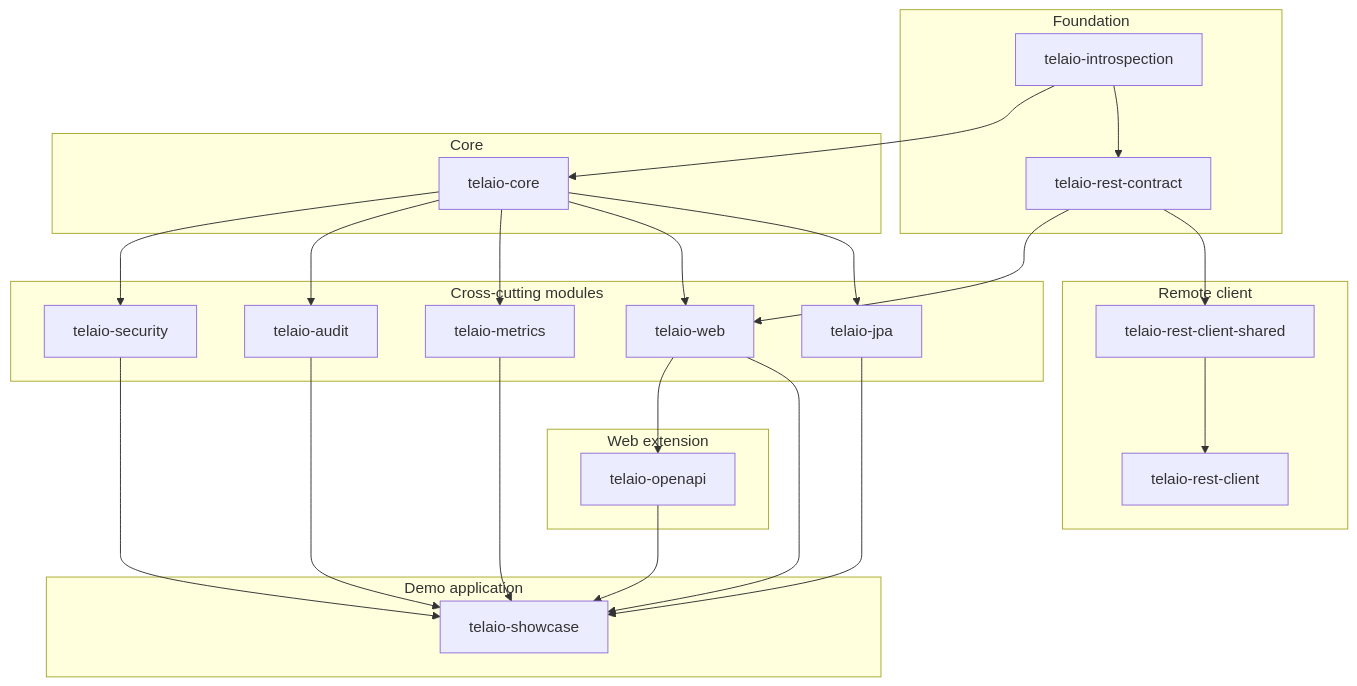
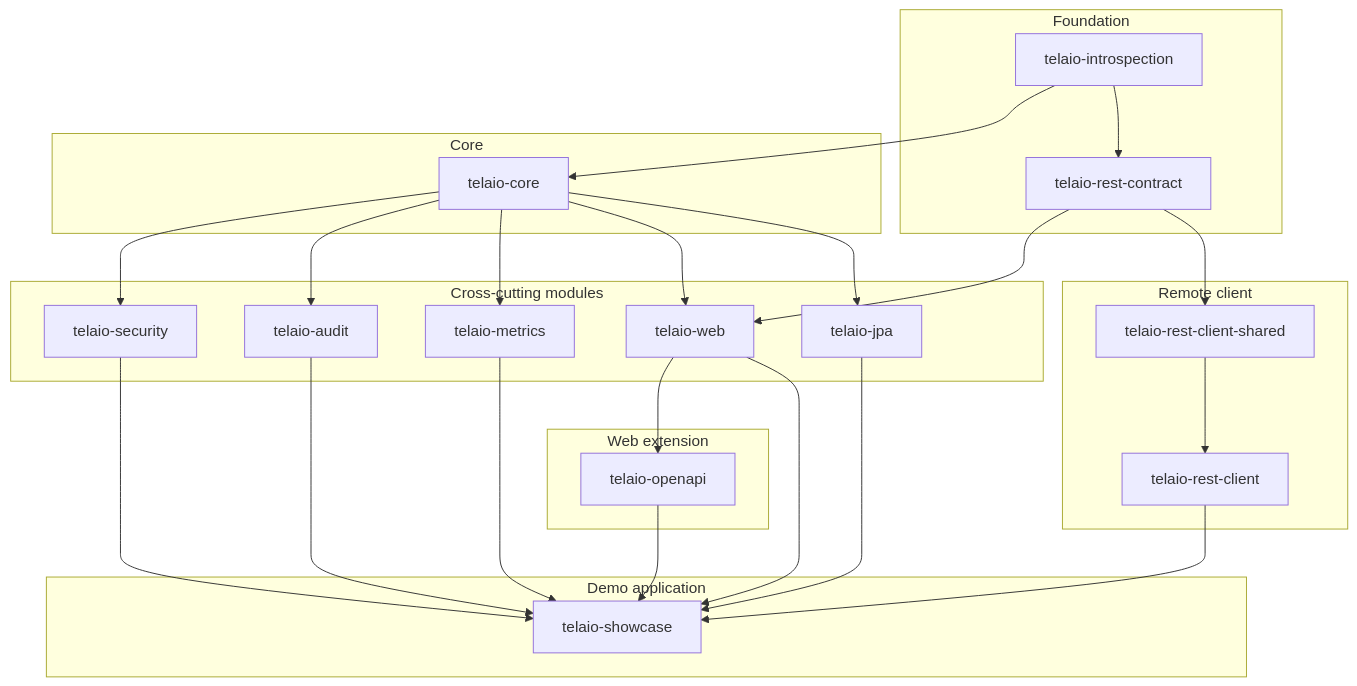
One commit to marcopag90/telaio changed the diagram in README.md. Above: the diagram before and after it, drawn with Mermaid. The commit also changed 1 other file, not shown here.

Commit message:
docs(architecture): add the wire-contract and rest-client layers to the module graph
Bring the architecture guide in line with the client work: new
rest-contract, rest-client-shared and rest-client nodes in the module
dependency graph, matching layering entries, a Shared Wire Contract
design principle, and the missing rest-client edge to showcase in the
README module graph.

````diff
--- a/README.md
+++ b/README.md
@@ -349,45 +349,46 @@
 ```mermaid
 graph TD
     subgraph Foundation
         INTRO[telaio-introspection]
         CONTRACT[telaio-rest-contract]
     end
     subgraph Core
         CORE[telaio-core]
     end
     subgraph "Cross-cutting modules"
         SEC[telaio-security]
         AUDIT[telaio-audit]
         METRICS[telaio-metrics]
         WEB[telaio-web]
         JPA[telaio-jpa]
     end
     subgraph "Web extension"
         OPENAPI[telaio-openapi]
     end
     subgraph "Remote client"
         CLIENTSHARED[telaio-rest-client-shared]
         CLIENT[telaio-rest-client]
     end
     subgraph "Demo application"
         SHOWCASE[telaio-showcase]
     end
 
     INTRO --> CORE
     INTRO --> CONTRACT
     CONTRACT --> WEB
     CONTRACT --> CLIENTSHARED
     CLIENTSHARED --> CLIENT
     CORE --> SEC
     CORE --> AUDIT
     CORE --> METRICS
     CORE --> WEB
     CORE --> JPA
     WEB --> OPENAPI
     SEC --> SHOWCASE
     AUDIT --> SHOWCASE
     METRICS --> SHOWCASE
     WEB --> SHOWCASE
     JPA --> SHOWCASE
     OPENAPI --> SHOWCASE
+    CLIENT --> SHOWCASE
 ```
````
